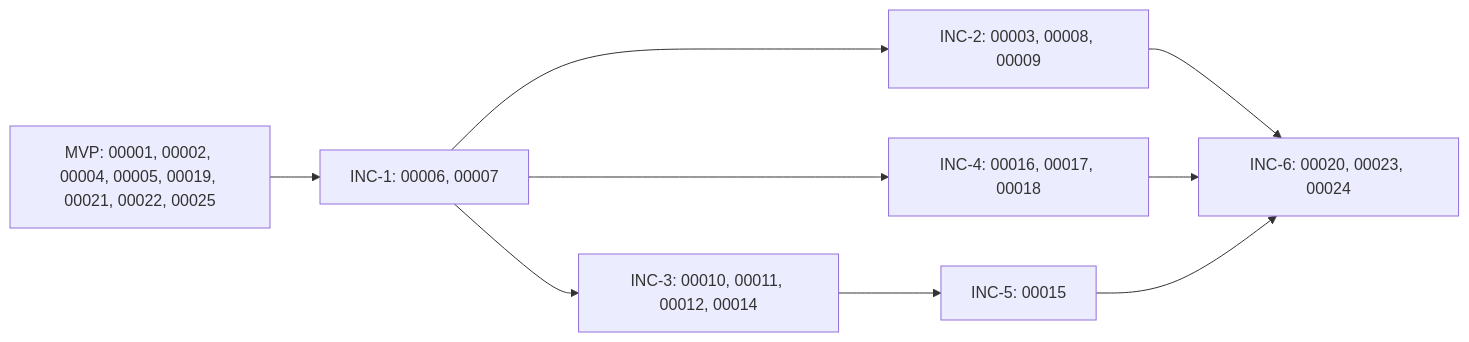
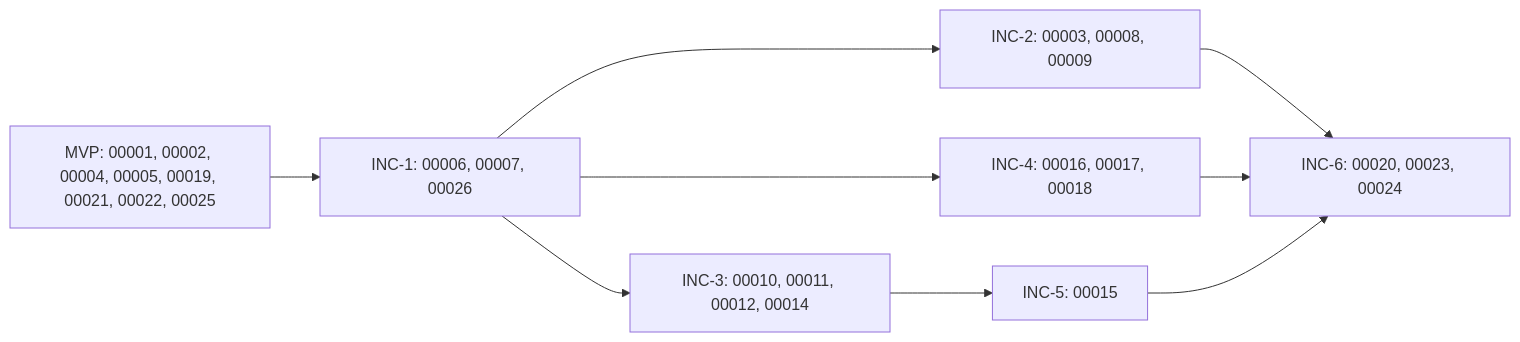
The first of 3 diagrams in gui_editor/docs/PLAN.md (hpepper/idea-to-product), drawn with Mermaid before and after one commit. The commit also changed other lines of this file and 21 other files, not shown here.

````diff
--- a/gui_editor/docs/PLAN.md
+++ b/gui_editor/docs/PLAN.md
@@ -382,18 +437,18 @@
 ```mermaid
 flowchart LR
   MVP[MVP: 00001, 00002, 00004, 00005, 00019, 00021, 00022, 00025]
-  I1[INC-1: 00006, 00007]
+  I1[INC-1: 00006, 00007, 00026]
   I2[INC-2: 00003, 00008, 00009]
   I3[INC-3: 00010, 00011, 00012, 00014]
   I4[INC-4: 00016, 00017, 00018]
   I5[INC-5: 00015]
   I6[INC-6: 00020, 00023, 00024]
   MVP --> I1
   I1 --> I2
   I1 --> I3
   I1 --> I4
   I3 --> I5
   I2 --> I6
   I4 --> I6
   I5 --> I6
 ```
````
